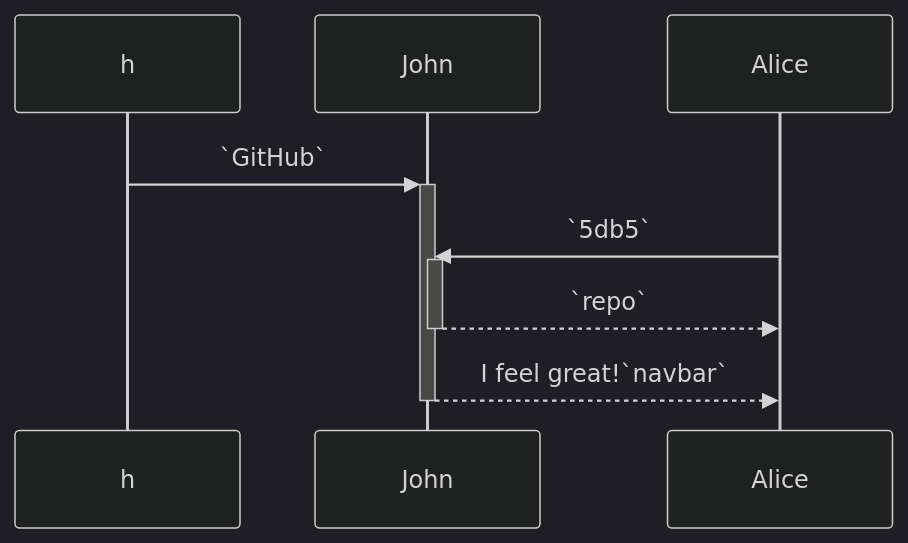
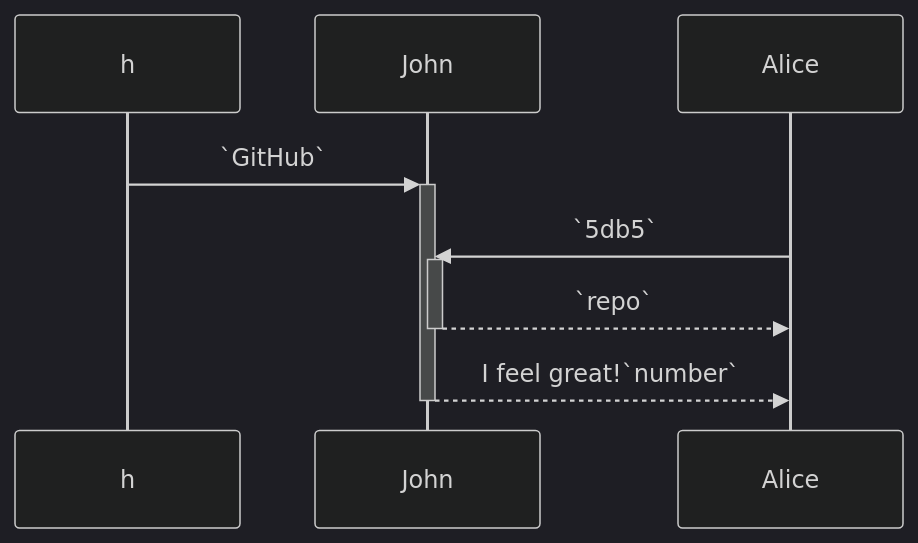
Before and after one commit to Noaozer/NoaRepo: the first of 4 diagrams in .swm/860qfwrre.2b9fg.sw.md, drawn with Mermaid (dark theme). The commit also changed other lines of this file, not shown here.

Commit message:
docs(swimm): update doc: "#860qfwrre"

````diff
--- a/.swm/860qfwrre.2b9fg.sw.md
+++ b/.swm/860qfwrre.2b9fg.sw.md
@@ -9,8 +9,8 @@
 ```mermaid
 sequenceDiagram
 h->>+John: `GitHub`
 Alice->>+John: `5db5`
 John-->>-Alice: `repo`
-John-->>-Alice: I feel great!`navbar`
+John-->>-Alice: I feel great!`number`
 
 ```
````
